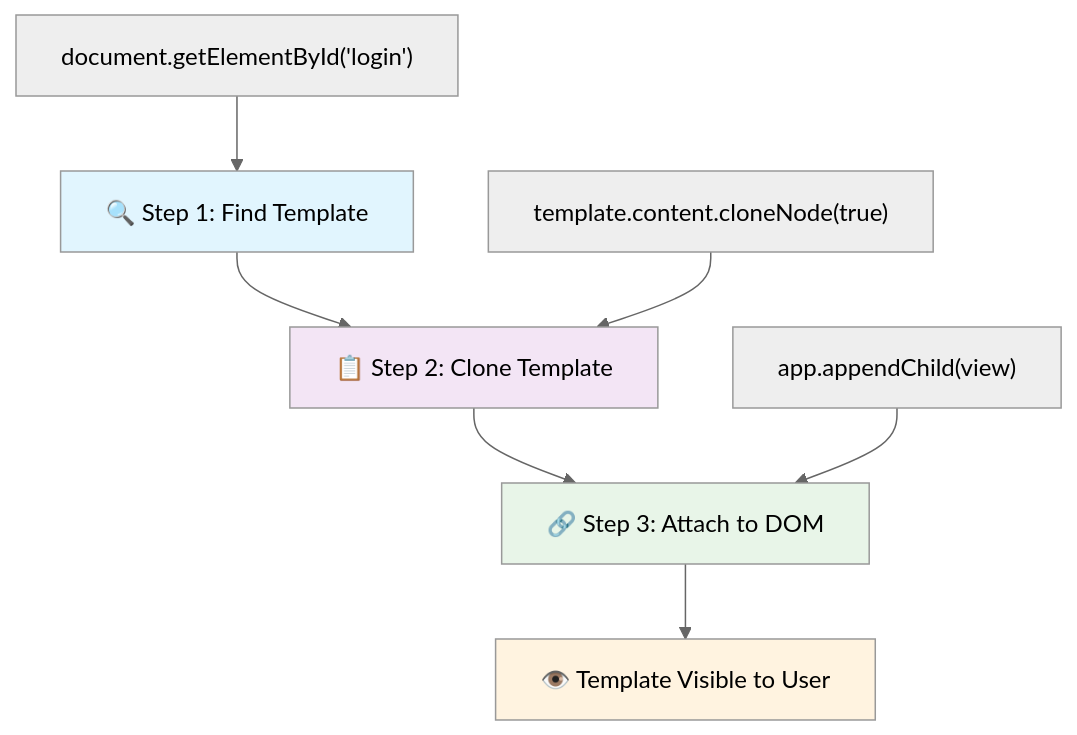
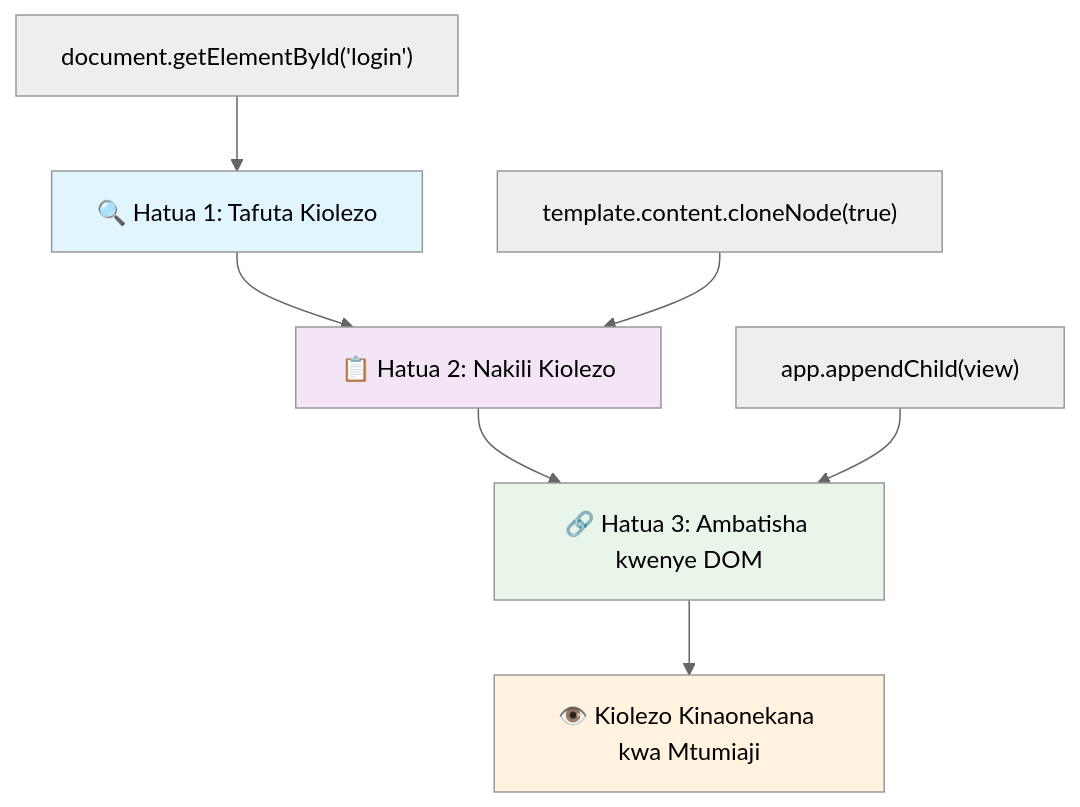
The fourth of 9 diagrams in translations/sw/7-bank-project/1-template-route/README.md (microsoft/Web-Dev-For-Beginners), drawn with Mermaid (neutral theme) before and after one commit. The commit also changed other lines of this file and 99 other files, not shown here.

````diff
--- a/translations/sw/7-bank-project/1-template-route/README.md
+++ b/translations/sw/7-bank-project/1-template-route/README.md
@@ -192,16 +270,16 @@
 ```mermaid
 flowchart TD
-    A[🔍 Step 1: Find Template] --> B[📋 Step 2: Clone Template]
-    B --> C[🔗 Step 3: Attach to DOM]
+    A[🔍 Hatua 1: Tafuta Kiolezo] --> B[📋 Hatua 2: Nakili Kiolezo]
+    B --> C[🔗 Hatua 3: Ambatisha kwenye DOM]
     
     A1["document.getElementById('login')"] --> A
     B1["template.content.cloneNode(true)"] --> B  
     C1["app.appendChild(view)"] --> C
     
-    C --> D[👁️ Template Visible to User]
+    C --> D[👁️ Kiolezo Kinaonekana kwa Mtumiaji]
     
     style A fill:#e1f5fe
     style B fill:#f3e5f5
     style C fill:#e8f5e8
     style D fill:#fff3e0
 ```
````
